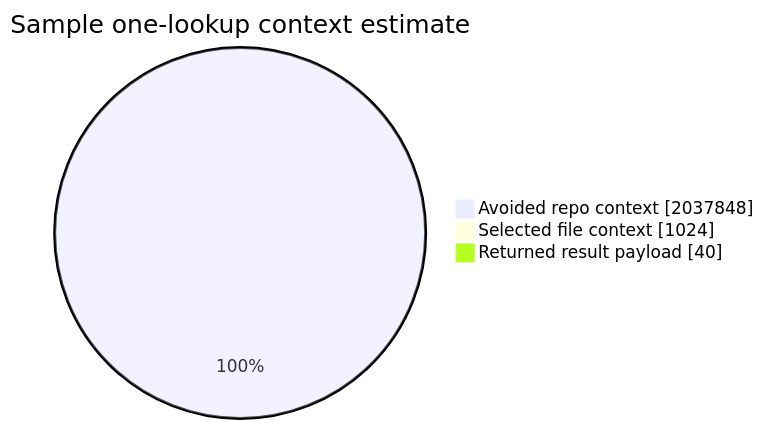
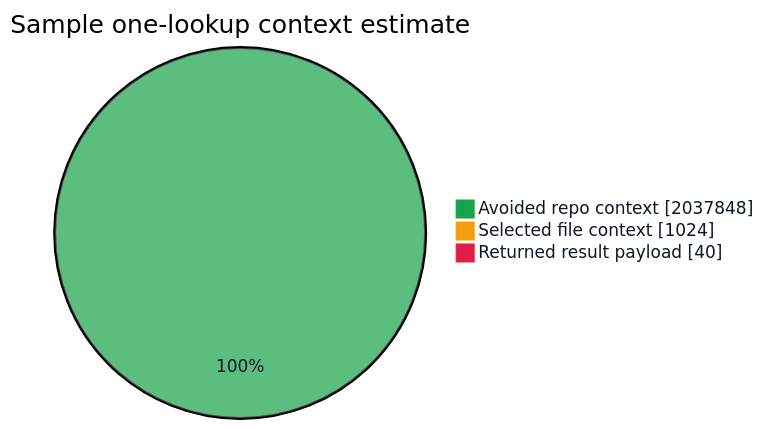
The third of 3 diagrams in README.md (marlonfcaraujo/code-intel), drawn with Mermaid before and after one commit. The commit also changed other lines of this file, not shown here.

Commit message:
docs: colorize mermaid diagrams

````diff
--- a/README.md
+++ b/README.md
@@ -293,7 +319,8 @@
 ```mermaid
+%%{init: {"themeVariables": {"pie1": "#16A34A", "pie2": "#F59E0B", "pie3": "#E11D48", "pieOuterStrokeWidth": "2px", "pieSectionTextColor": "#0F172A", "pieLegendTextColor": "#0F172A"}} }%%
 pie showData
     title Sample one-lookup context estimate
     "Avoided repo context" : 2037848
     "Selected file context" : 1024
     "Returned result payload" : 40
 ```
````
